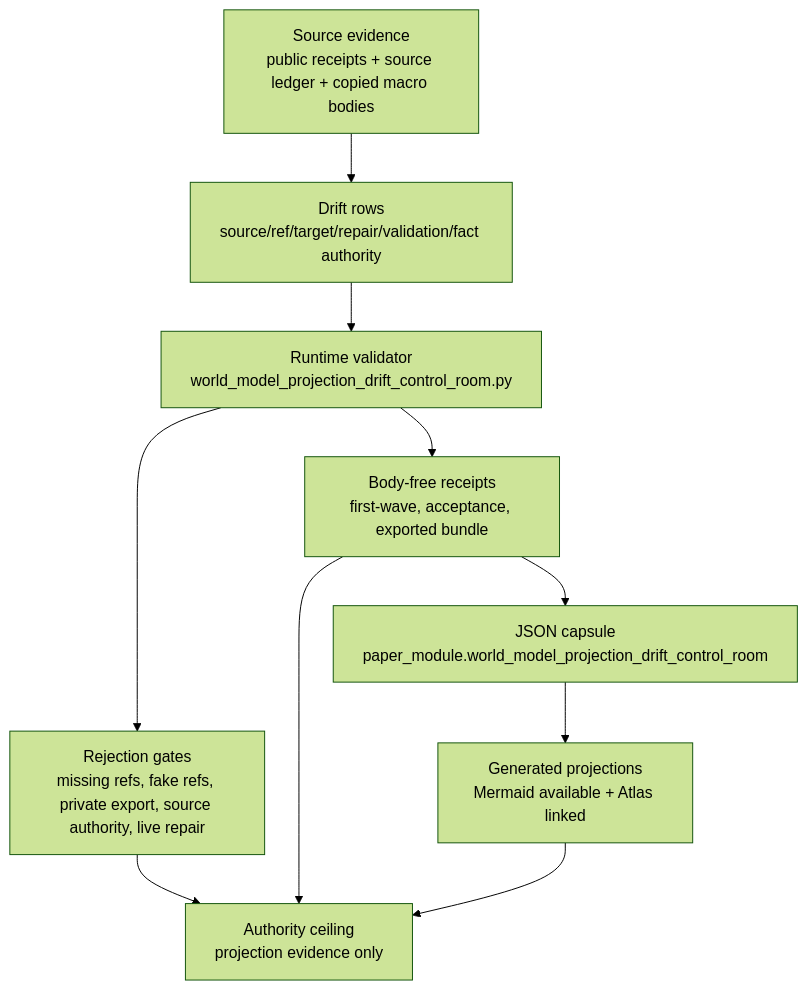
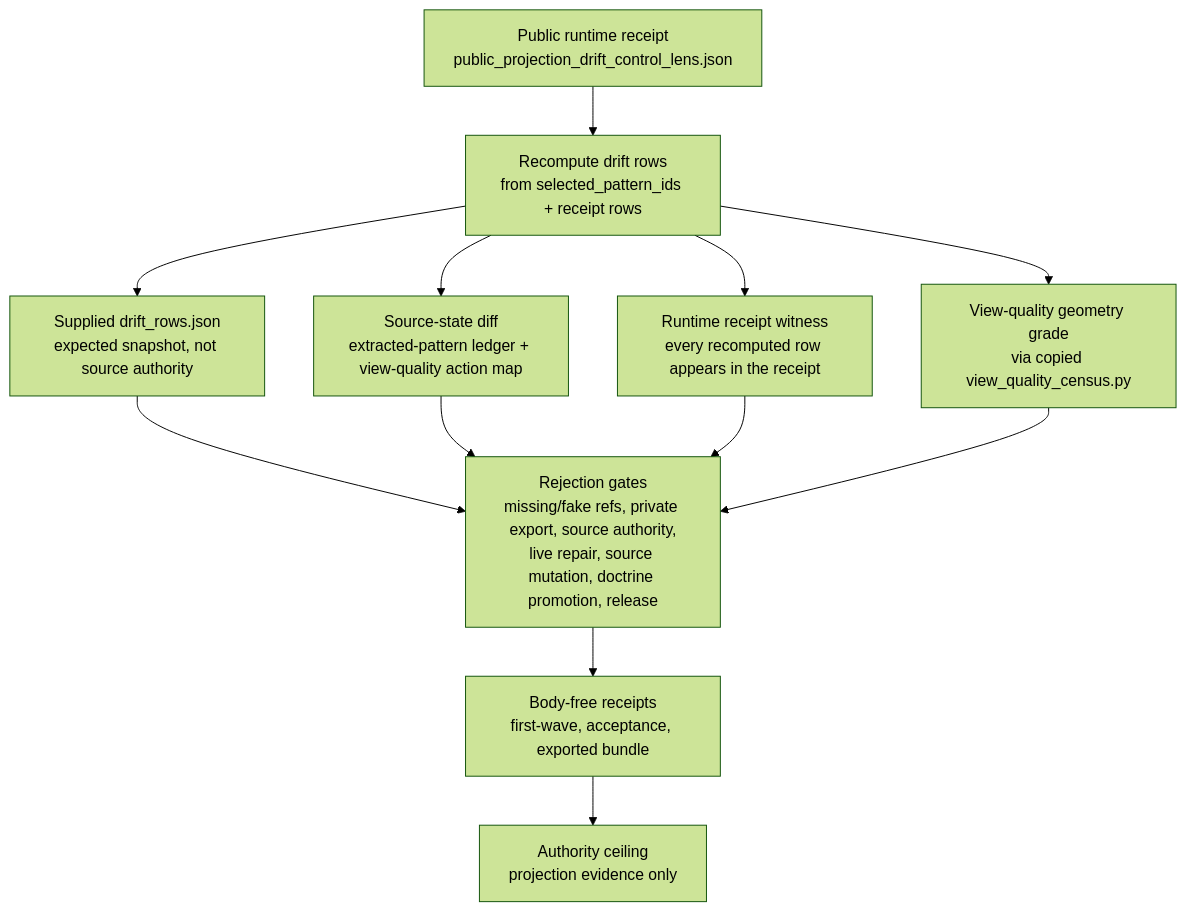
One commit to wcook04/plectis changed the diagram in paper_modules/world_model_projection_drift_control_room.md. Above: the diagram before and after it, drawn with Mermaid (forest theme). The commit also changed other lines of this file and 90 other files, not shown here.

First line of the commit message:
microcosm: enrich public paper-module prose and Shape diagrams (91 modules)

````diff
--- a/paper_modules/world_model_projection_drift_control_room.md
+++ b/paper_modules/world_model_projection_drift_control_room.md
@@ -195,21 +219,24 @@
 ```mermaid
 flowchart TD
-  Source["Source evidence\npublic receipts + source ledger + copied macro bodies"]
-  Rows["Drift rows\nsource/ref/target/repair/validation/fact authority"]
-  Runtime["Runtime validator\nworld_model_projection_drift_control_room.py"]
-  Reject["Rejection gates\nmissing refs, fake refs, private export, source authority, live repair"]
+  Receipt["Public runtime receipt\npublic_projection_drift_control_lens.json"]
+  Recompute["Recompute drift rows\nfrom selected_pattern_ids + receipt rows"]
+  Snapshot["Supplied drift_rows.json\nexpected snapshot, not source authority"]
+  SourceDiff["Source-state diff\nextracted-pattern ledger + view-quality action map"]
+  Geometry["View-quality geometry grade\nvia copied view_quality_census.py"]
+  Witness["Runtime receipt witness\nevery recomputed row appears in the receipt"]
+  Reject["Rejection gates\nmissing/fake refs, private export, source authority,\nlive repair, source mutation, doctrine promotion, release"]
   Receipts["Body-free receipts\nfirst-wave, acceptance, exported bundle"]
-  Capsule["JSON capsule\npaper_module.world_model_projection_drift_control_room"]
-  Projections["Generated projections\nMermaid available + Atlas linked"]
   Ceiling["Authority ceiling\nprojection evidence only"]
 
-  Source --> Rows
-  Rows --> Runtime
-  Runtime --> Reject
-  Runtime --> Receipts
-  Receipts --> Capsule
-  Capsule --> Projections
-  Reject --> Ceiling
+  Receipt --> Recompute
+  Recompute --> Snapshot
+  Recompute --> SourceDiff
+  Recompute --> Witness
+  Recompute --> Geometry
+  Snapshot --> Reject
+  SourceDiff --> Reject
+  Witness --> Reject
+  Geometry --> Reject
+  Reject --> Receipts
   Receipts --> Ceiling
-  Projections --> Ceiling
 ```
````
